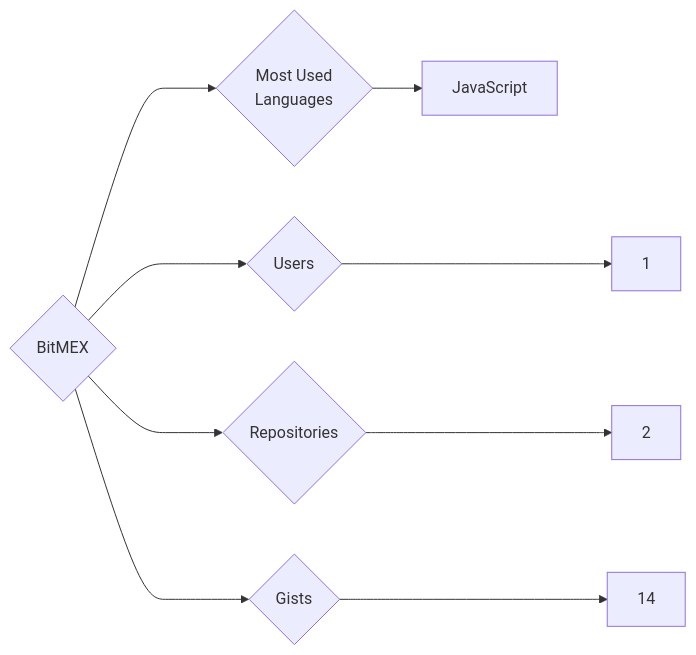
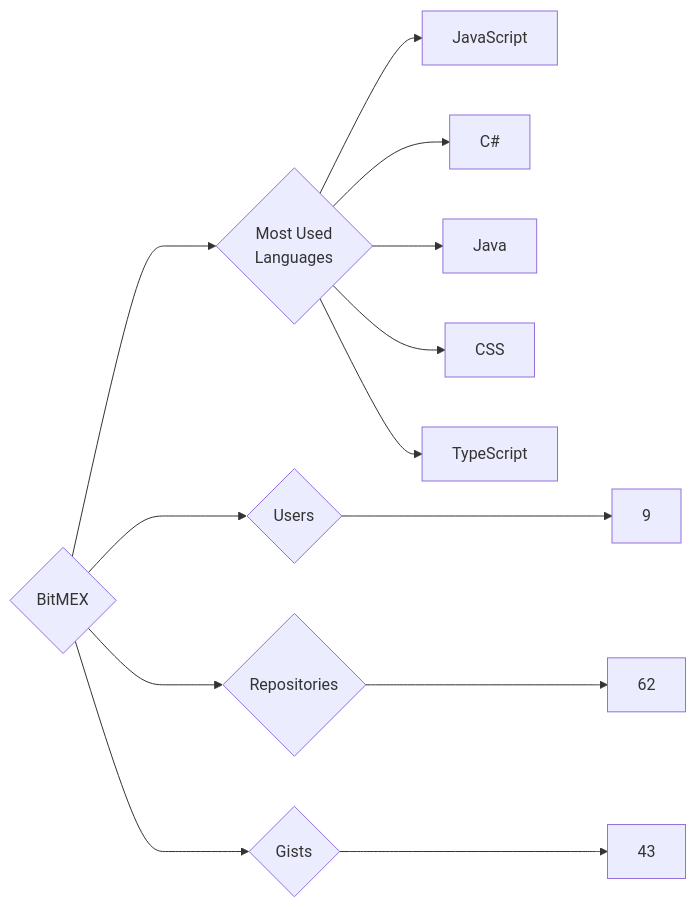
Before and after one commit to trickest/insiders: the diagram in targets/BitMEX/README.md, drawn with Mermaid. The commit also changed 676 other files, not shown here.

````diff
--- a/targets/BitMEX/README.md
+++ b/targets/BitMEX/README.md
@@ -3,9 +3,13 @@
 ```mermaid
 graph LR
 COMPANY_NAME{BitMEX}
-COMPANY_NAME ---> U{Users} ---> UN[1]
-COMPANY_NAME ---> R{Repositories} ---> RN[2]
-COMPANY_NAME ---> G{Gists} ---> GN[14]
+COMPANY_NAME ---> U{Users} ---> UN[9]
+COMPANY_NAME ---> R{Repositories} ---> RN[62]
+COMPANY_NAME ---> G{Gists} ---> GN[43]
 COMPANY_NAME ---> ML{Most Used<br>Languages}
 ML --> JavaScript[JavaScript]
+ML --> C#[C#]
+ML --> Java[Java]
+ML --> CSS[CSS]
+ML --> TypeScript[TypeScript]
 ```
````
